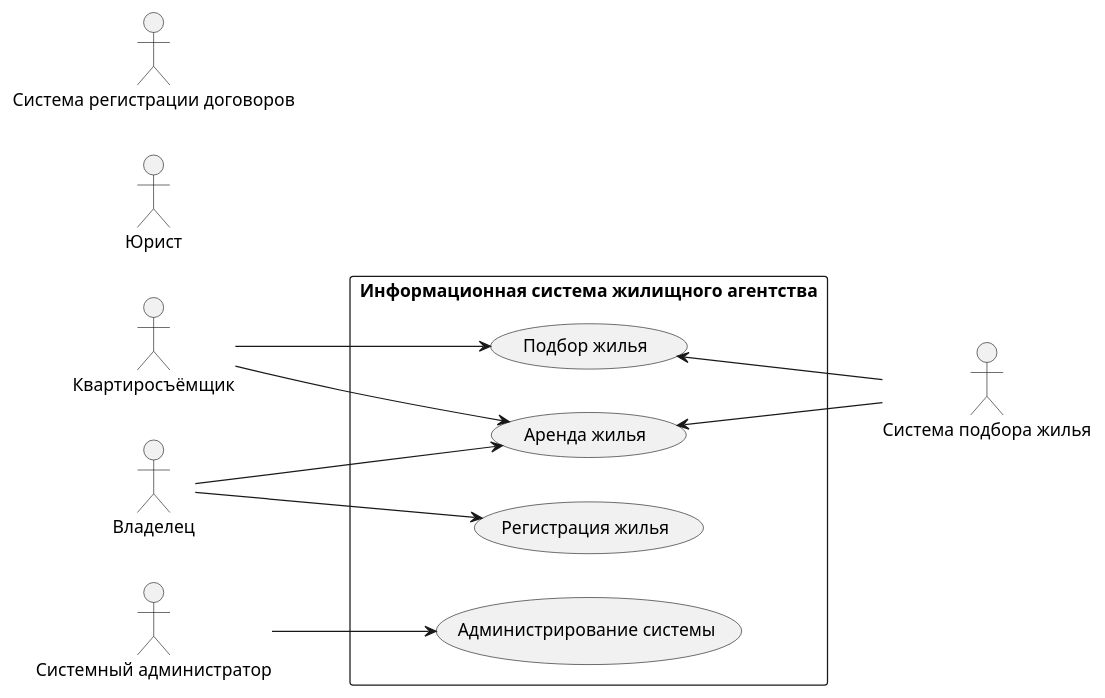
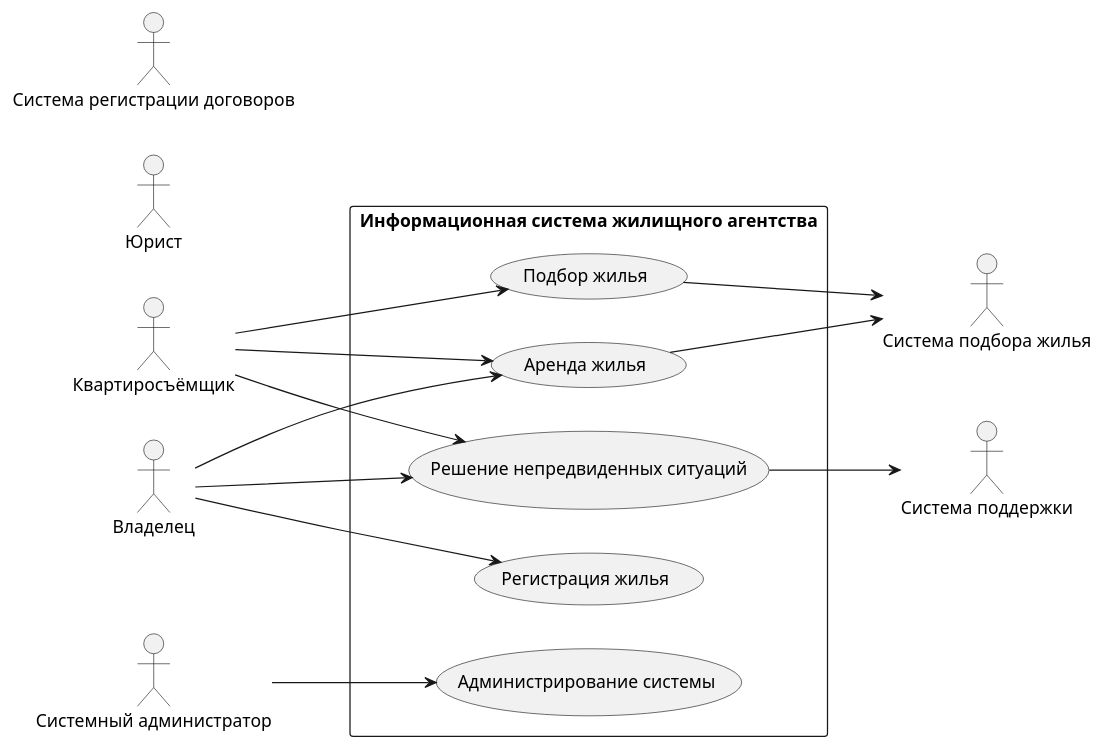
Before and after one commit to penamarth/bsbo-01-22_team4_var8: the diagram in Diagrama_precedent.md, drawn with PlantUML.

Commit message:
Add System support

````diff
--- a/Diagrama_precedent.md
+++ b/Diagrama_precedent.md
@@ -1,35 +1,40 @@
 ```plantuml
 @startuml
 skinparam packageStyle rect
 left to right direction
 
 :Квартиросъёмщик:
 :Владелец:
 :Системный администратор:
 :Юрист:
 
 package "Информационная система жилищного агентства" {
 
 (Подбор жилья)
 (Регистрация жилья)
 (Аренда жилья)
 (Администрирование системы)
+(Решение непредвиденных ситуаций)
 }
 
 :Квартиросъёмщик: --> (Подбор жилья)
 :Квартиросъёмщик: --> (Аренда жилья)
 
 :Владелец: --> (Регистрация жилья)
 :Владелец: --> (Аренда жилья)
 
 :Системный администратор: --> (Администрирование системы)
 
+:Владелец: --> (Решение непредвиденных ситуаций)
+:Квартиросъёмщик: --> (Решение непредвиденных ситуаций)
+
 :Система регистрации договоров:
 :Система подбора жилья:
+:Система поддержки:
 
-(Подбор жилья) <-- :Система подбора жилья:
-
-(Аренда жилья) <-- :Система подбора жилья:
+(Подбор жилья) --> :Система подбора жилья:
+(Решение непредвиденных ситуаций) --> :Система поддержки:
+(Аренда жилья) --> :Система подбора жилья:
 
 @enduml
 ```
````
